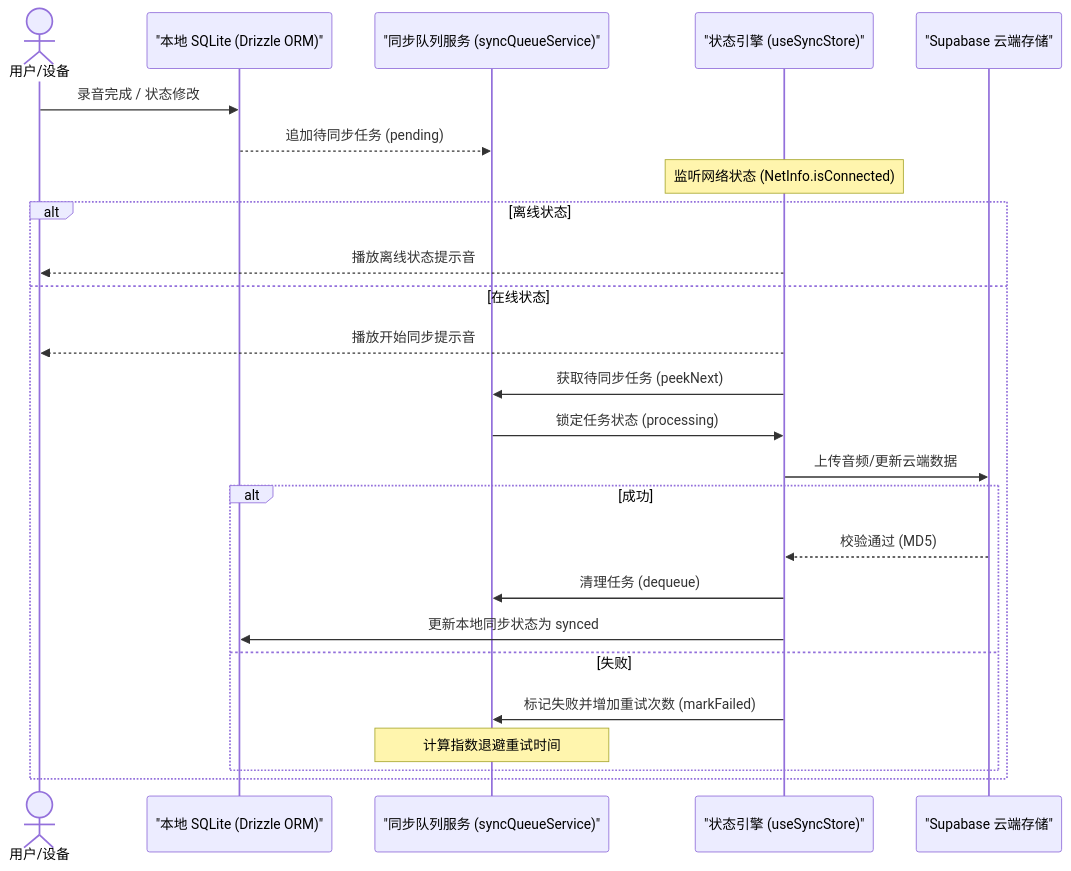
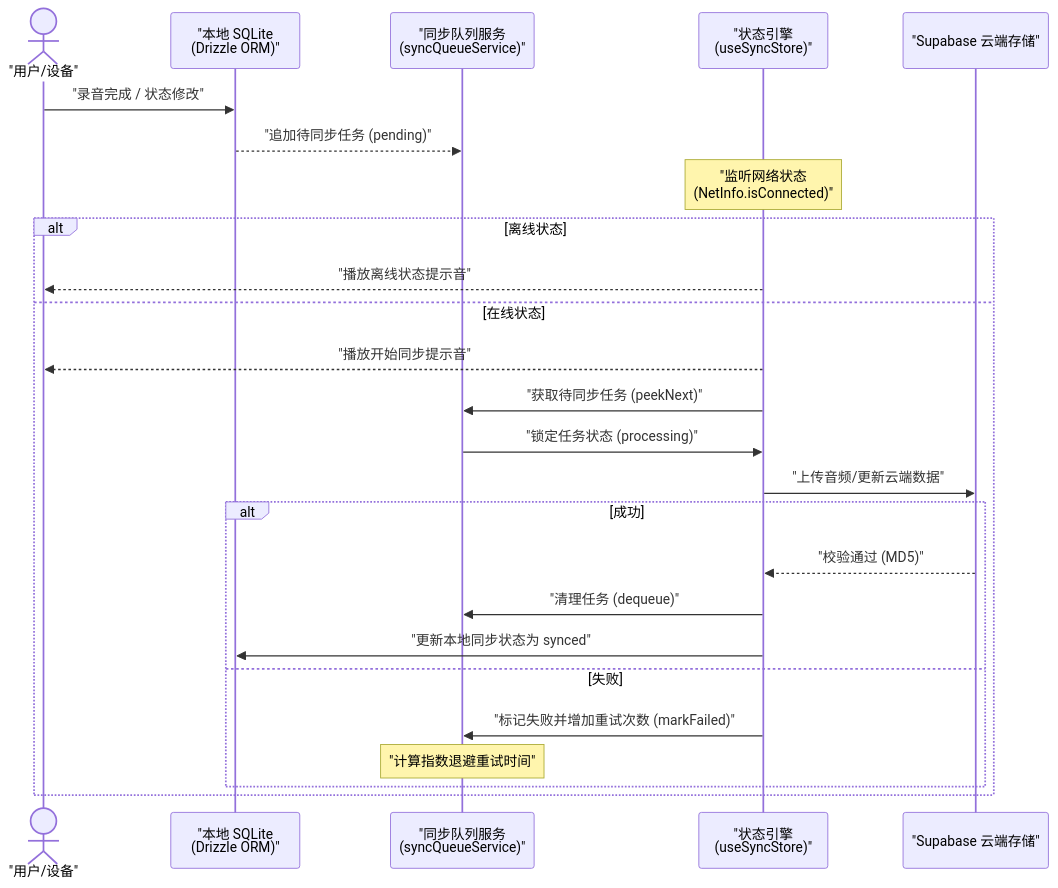
Before and after one commit to MeiSiristhebest/TimeLog: the first of 3 diagrams in README.md, drawn with Mermaid. The commit also changed other lines of this file, not shown here.

Commit message:
docs(readme): optimize zh + en; add TOC, fix badges & Mermaid quotes, add Security & Contributing

````diff
--- a/README.md
+++ b/README.md
@@ -30,28 +54,28 @@
 ```mermaid
 sequenceDiagram
-    actor User as 用户/设备
-    participant DB as "本地 SQLite (Drizzle ORM)"
-    participant Queue as "同步队列服务 (syncQueueService)"
-    participant Store as "状态引擎 (useSyncStore)"
+    actor User as "用户/设备"
+    participant DB as "本地 SQLite<br/>(Drizzle ORM)"
+    participant Queue as "同步队列服务<br/>(syncQueueService)"
+    participant Store as "状态引擎<br/>(useSyncStore)"
     participant Cloud as "Supabase 云端存储"
 
-    User->>DB: 录音完成 / 状态修改
-    DB-->>Queue: 追加待同步任务 (pending)
-    Note over Store: 监听网络状态 (NetInfo.isConnected)
+    User->>DB: "录音完成 / 状态修改"
+    DB-->>Queue: "追加待同步任务 (pending)"
+    Note over Store: "监听网络状态<br/>(NetInfo.isConnected)"
     alt 离线状态
-        Store-->>User: 播放离线状态提示音
+        Store-->>User: "播放离线状态提示音"
     else 在线状态
-        Store-->>User: 播放开始同步提示音
-        Store->>Queue: 获取待同步任务 (peekNext)
-        Queue->>Store: 锁定任务状态 (processing)
-        Store->>Cloud: 上传音频/更新云端数据
+        Store-->>User: "播放开始同步提示音"
+        Store->>Queue: "获取待同步任务 (peekNext)"
+        Queue->>Store: "锁定任务状态 (processing)"
+        Store->>Cloud: "上传音频/更新云端数据"
         alt 成功
-            Cloud-->>Store: 校验通过 (MD5)
-            Store->>Queue: 清理任务 (dequeue)
-            Store->>DB: 更新本地同步状态为 synced
+            Cloud-->>Store: "校验通过 (MD5)"
+            Store->>Queue: "清理任务 (dequeue)"
+            Store->>DB: "更新本地同步状态为 synced"
         else 失败
-            Store->>Queue: 标记失败并增加重试次数 (markFailed)
-            Note over Queue: 计算指数退避重试时间
+            Store->>Queue: "标记失败并增加重试次数 (markFailed)"
+            Note over Queue: "计算指数退避重试时间"
         end
     end
 ```
````
